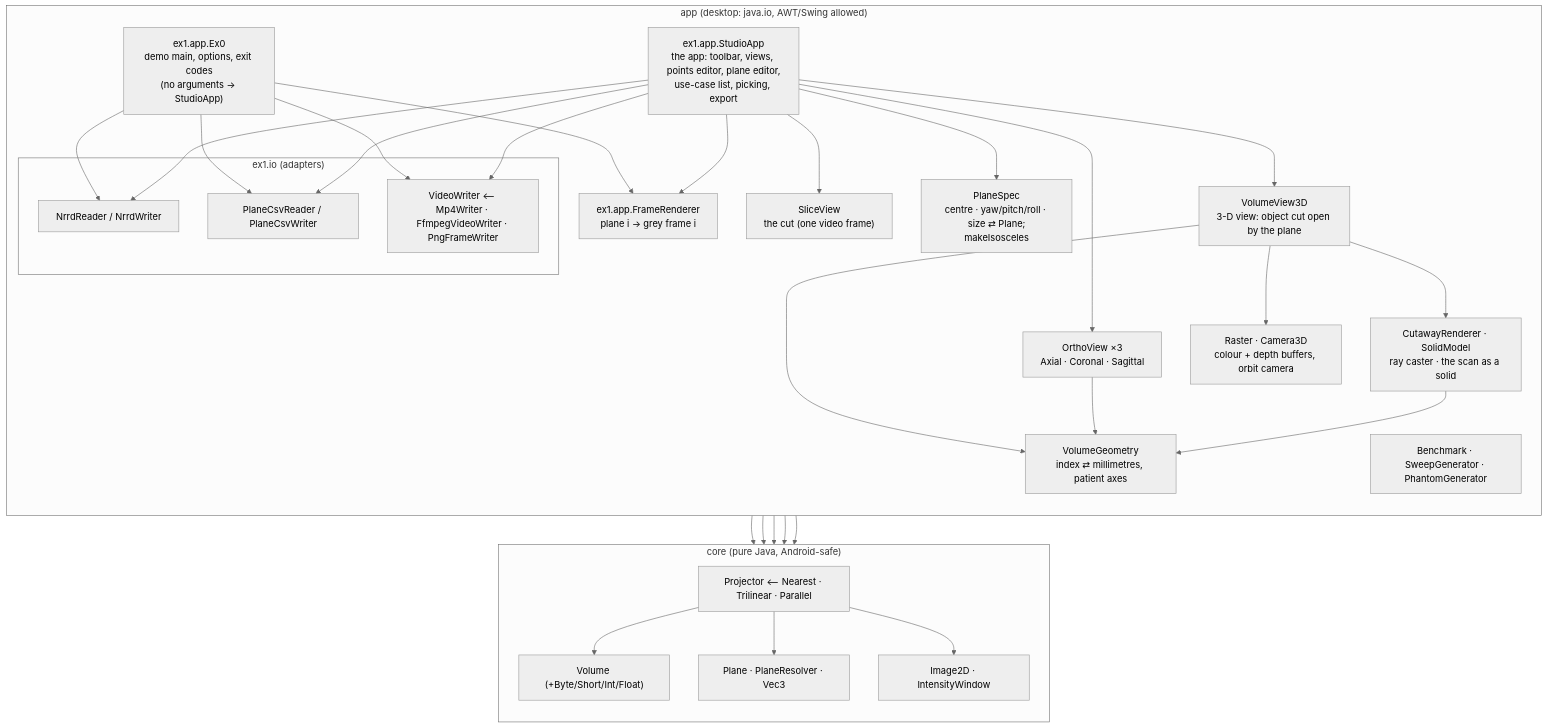
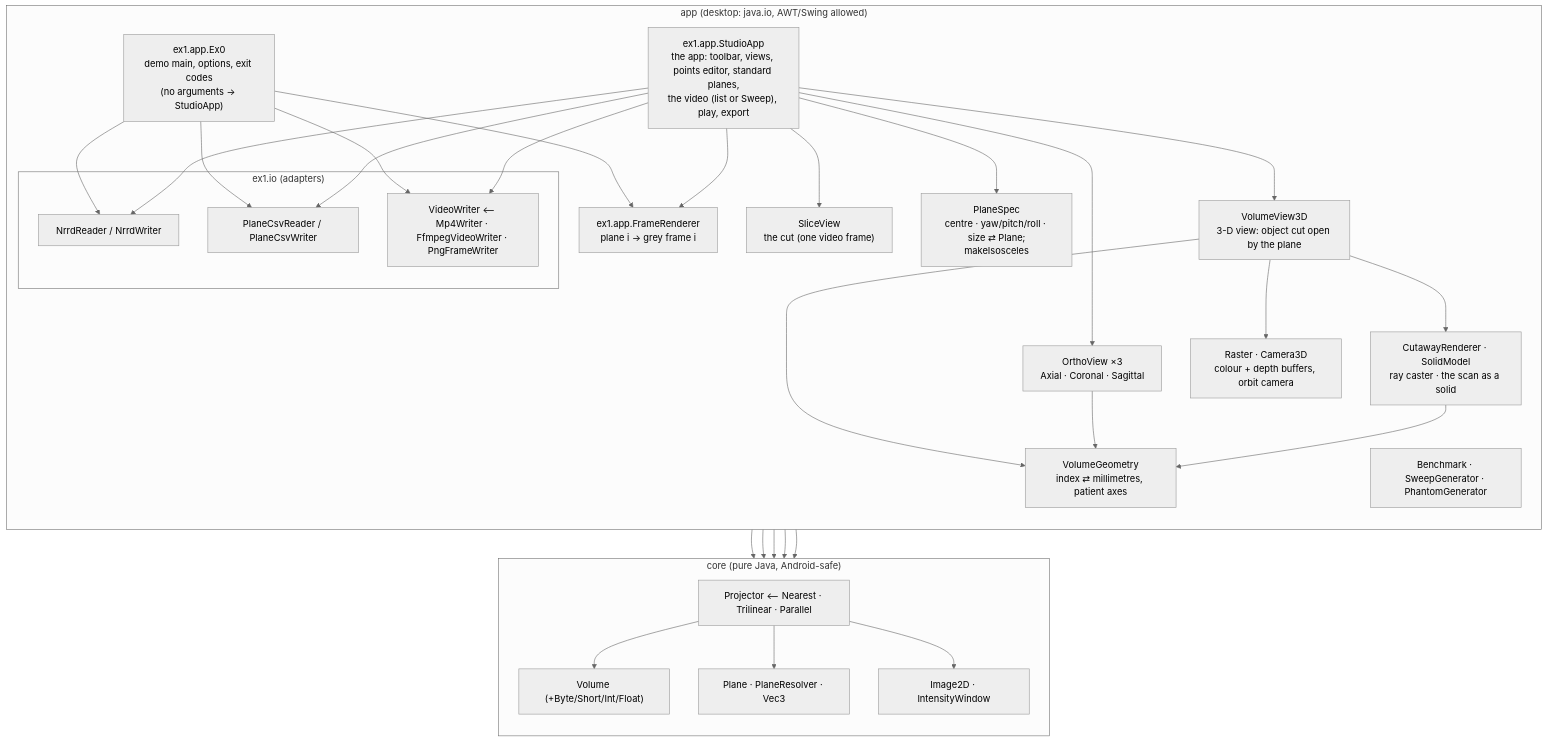
Before and after one commit to NoamTheGolem/Intro2SE_Ex1: the second of 6 diagrams in docs/SDD.md, drawn with Mermaid (neutral theme). The commit also changed other lines of this file and 13 other files, not shown here.

````diff
--- a/docs/SDD.md
+++ b/docs/SDD.md
@@ -46,41 +48,41 @@
 ```mermaid
 flowchart TB
     subgraph app["app  (desktop: java.io, AWT/Swing allowed)"]
       direction TB
       Ex0["ex1.app.Ex0<br/>demo main, options, exit codes<br/>(no arguments → StudioApp)"]
-      Studio["ex1.app.StudioApp<br/>the app: toolbar, views, points editor, plane editor,<br/>use-case list, picking, export"]
+      Studio["ex1.app.StudioApp<br/>the app: toolbar, views, points editor, standard planes,<br/>the video (list or Sweep), play, export"]
       V3["VolumeView3D<br/>3-D view: object cut open by the plane"]
       CR["CutawayRenderer · SolidModel<br/>ray caster · the scan as a solid"]
       RC["Raster · Camera3D<br/>colour + depth buffers, orbit camera"]
       OV["OrthoView ×3<br/>Axial · Coronal · Sagittal"]
       VG["VolumeGeometry<br/>index ⇄ millimetres, patient axes"]
       V2["SliceView<br/>the cut (one video frame)"]
       PS["PlaneSpec<br/>centre · yaw/pitch/roll · size ⇄ Plane;<br/>makeIsosceles"]
       FR["ex1.app.FrameRenderer<br/>plane i → grey frame i"]
       Bench["Benchmark · SweepGenerator · PhantomGenerator"]
       subgraph io["ex1.io  (adapters)"]
         NR["NrrdReader / NrrdWriter"]
         CSV["PlaneCsvReader / PlaneCsvWriter"]
         VW["VideoWriter ⟵ Mp4Writer · FfmpegVideoWriter · PngFrameWriter"]
       end
     end
     subgraph core["core  (pure Java, Android-safe)"]
       direction TB
       Vol["Volume (+Byte/Short/Int/Float)"]
       Plane["Plane · PlaneResolver · Vec3"]
       Proj["Projector ⟵ Nearest · Trilinear · Parallel"]
       Img["Image2D · IntensityWindow"]
     end
     Ex0 --> FR --> Proj
     Studio --> FR
     Studio --> V3 & OV & V2 & PS
     V3 --> CR & RC
     V3 & OV & CR --> VG
     PS --> Plane
     Ex0 --> NR & CSV & VW
     Studio --> NR & CSV & VW
     NR --> Vol
     CSV --> Plane
     Proj --> Vol & Plane & Img
     FR --> Img
 ```
````
